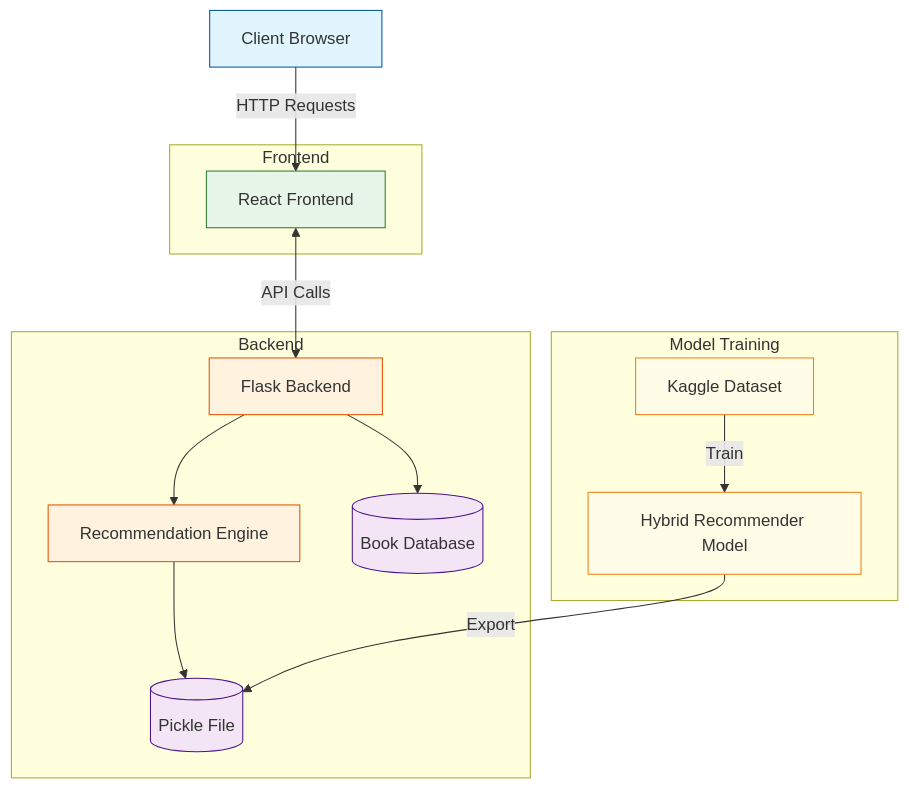
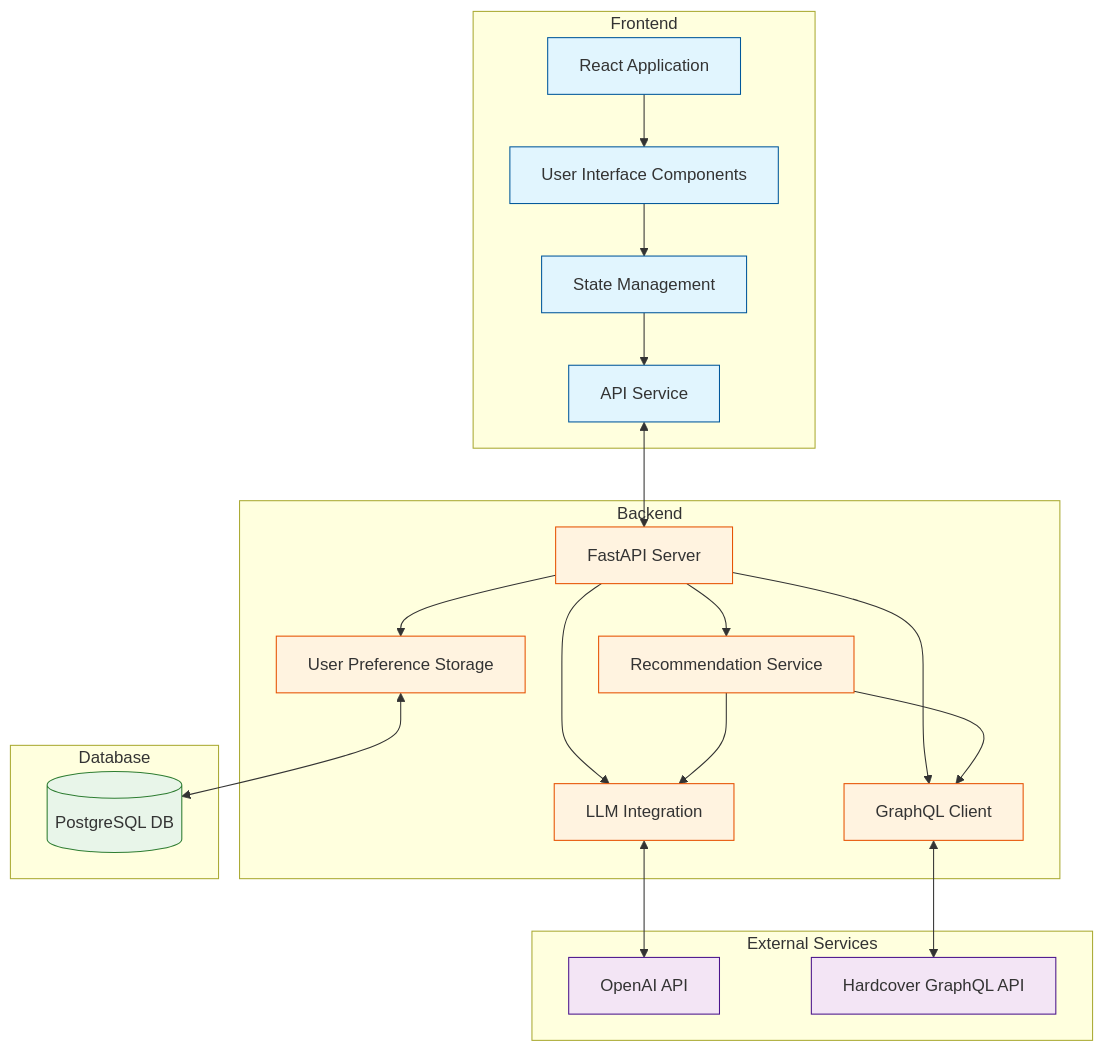
One commit to saikiransomanagoudar/smart-retail-bookstore changed the diagram in README.md. Above: the diagram before and after it, drawn with Mermaid. The commit also changed other lines of this file and 22 other files, not shown here.

````diff
--- a/README.md
+++ b/README.md
@@ -3,38 +3,50 @@
 ```mermaid
 graph TD
-    A[Client Browser] -->|HTTP Requests| B[React Frontend]
-    B <-->|API Calls| C[Flask Backend]
-    C --> D[Recommendation Engine]
-    D --> E[(Pickle File)]
-    C --> F[(Book Database)]
-    G[Kaggle Dataset] -->|Train| H[Hybrid Recommender Model]
-    H -->|Export| E
-    
-    subgraph Frontend
-    B
-    end
-    
-    subgraph Backend
-    C
-    D
-    E
-    F
-    end
-    
-    subgraph Model Training
-    G
-    H
+    subgraph "Frontend"
+        A[React Application]
+        B[User Interface Components]
+        C[State Management]
+        D[API Service]
     end
 
-    classDef browser fill:#e1f5fe,stroke:#01579b;
-    classDef frontend fill:#e8f5e9,stroke:#2e7d32;
+    subgraph "Backend"
+        E[FastAPI Server]
+        F[LLM Integration]
+        G[GraphQL Client]
+        H[Recommendation Service]
+        I[User Preference Storage]
+    end
+
+    subgraph "External Services"
+        J[OpenAI API]
+        K[Hardcover GraphQL API]
+    end
+
+    subgraph "Database"
+        L[(PostgreSQL DB)]
+    end
+
+    A --> B
+    B --> C
+    C --> D
+    D <--> E
+    E --> F
+    E --> G
+    E --> H
+    E --> I
+    F <--> J
+    G <--> K
+    I <--> L
+    H --> F
+    H --> G
+
+    classDef frontend fill:#e1f5fe,stroke:#01579b;
     classDef backend fill:#fff3e0,stroke:#e65100;
-    classDef database fill:#f3e5f5,stroke:#4a148c;
-    classDef training fill:#fffde7,stroke:#f57f17;
+    classDef external fill:#f3e5f5,stroke:#4a148c;
+    classDef database fill:#e8f5e9,stroke:#2e7d32;
 
-    class A browser
-    class B frontend
-    class C,D backend
-    class E,F database
-    class G,H training
+    class A,B,C,D frontend;
+    class E,F,G,H,I backend;
+    class J,K external;
+    class L database;
 ```
````
